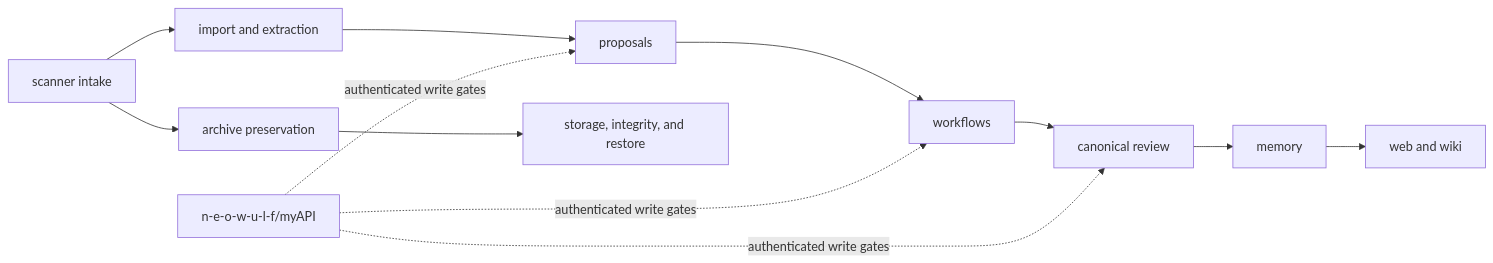
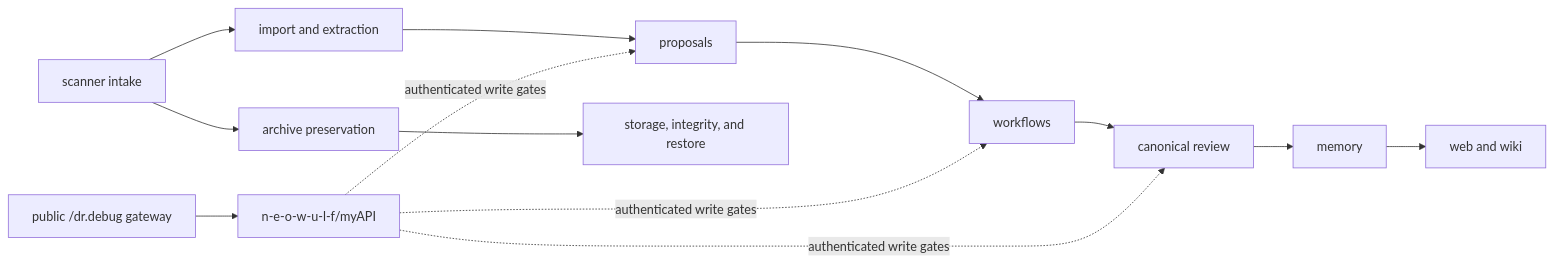
One commit to doktor-debug/.github changed the diagram in profile/README.md. Above: the diagram before and after it, drawn with Mermaid. The commit also changed other lines of this file and 9 other files, not shown here.

````diff
--- a/profile/README.md
+++ b/profile/README.md
@@ -34,14 +37,15 @@
 ```mermaid
 flowchart LR
   SC["scanner intake"] --> IM["import and extraction"]
   IM --> PR["proposals"]
   PR --> WF["workflows"]
   WF --> CA["canonical review"]
   CA --> ME["memory"]
   ME --> PUB["web and wiki"]
   SC --> AR["archive preservation"]
   AR --> ST["storage, integrity, and restore"]
-  CP["n-e-o-w-u-l-f/myAPI"] -. "authenticated write gates" .-> PR
+  GW["public /dr.debug gateway"] --> CP["n-e-o-w-u-l-f/myAPI"]
+  CP -. "authenticated write gates" .-> PR
   CP -. "authenticated write gates" .-> WF
   CP -. "authenticated write gates" .-> CA
 ```
````
